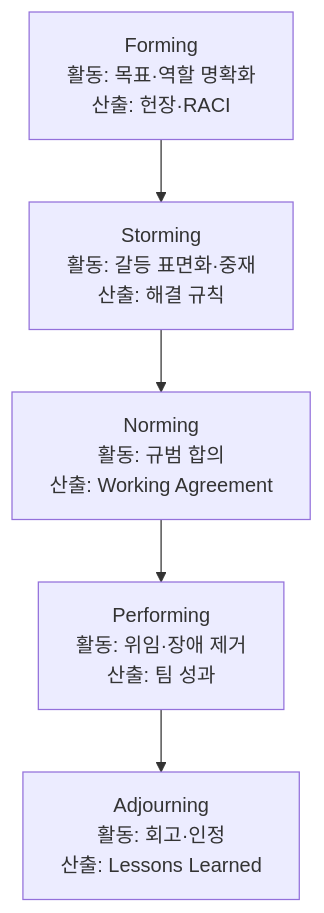
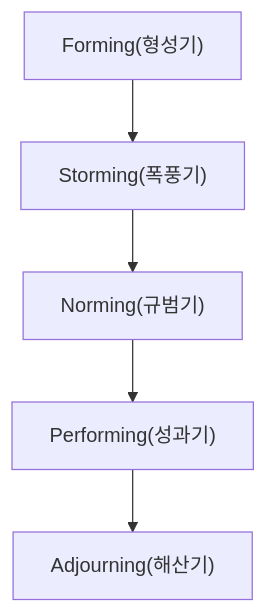
The first of 2 diagrams in src/content/docs/notes/itpe/01-it-strategy/028_tuckman_team_development_model.md (agnusdei1207/study), drawn with Mermaid before and after one commit. The commit also changed other lines of this file and 19 other files, not shown here.

````diff
--- a/src/content/docs/notes/itpe/01-it-strategy/028_tuckman_team_development_model.md
+++ b/src/content/docs/notes/itpe/01-it-strategy/028_tuckman_team_development_model.md
@@ -54,7 +54,7 @@
 ```mermaid
 flowchart TD
-    A["Forming<br/>활동: 목표·역할 명확화<br/>산출: 헌장·RACI"] --> B["Storming<br/>활동: 갈등 표면화·중재<br/>산출: 해결 규칙"]
-    B --> C["Norming<br/>활동: 규범 합의<br/>산출: Working Agreement"]
-    C --> D["Performing<br/>활동: 위임·장애 제거<br/>산출: 팀 성과"]
-    D --> E["Adjourning<br/>활동: 회고·인정<br/>산출: Lessons Learned"]
+    A["Forming(형성기)"] --> B["Storming(폭풍기)"]
+    B --> C["Norming(규범기)"]
+    C --> D["Performing(성과기)"]
+    D --> E["Adjourning(해산기)"]
 ```
````
